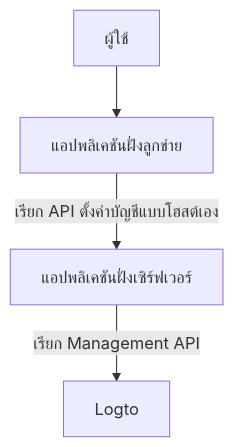
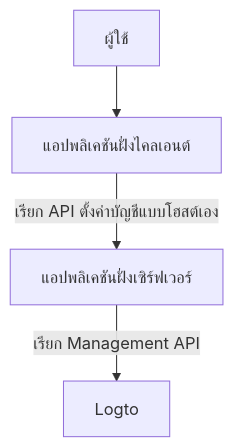
Before and after one commit to logto-io/docs: the first of 3 diagrams in i18n/th/docusaurus-plugin-content-docs/current/end-user-flows/account-settings/by-management-api.mdx, drawn with Mermaid. The commit also changed other lines of this file and 74 other files, not shown here.

````diff
--- a/i18n/th/docusaurus-plugin-content-docs/current/end-user-flows/account-settings/by-management-api.mdx
+++ b/i18n/th/docusaurus-plugin-content-docs/current/end-user-flows/account-settings/by-management-api.mdx
@@ -13,6 +13,6 @@
 ```mermaid
   graph TB
-    A[ผู้ใช้] --> B[แอปพลิเคชันฝั่งลูกข่าย]
+    A[ผู้ใช้] --> B[แอปพลิเคชันฝั่งไคลเอนต์]
     B -->|เรียก API ตั้งค่าบัญชีแบบโฮสต์เอง|C[แอปพลิเคชันฝั่งเซิร์ฟเวอร์]
     C -->|เรียก Management API| D[Logto]
 ```
````
